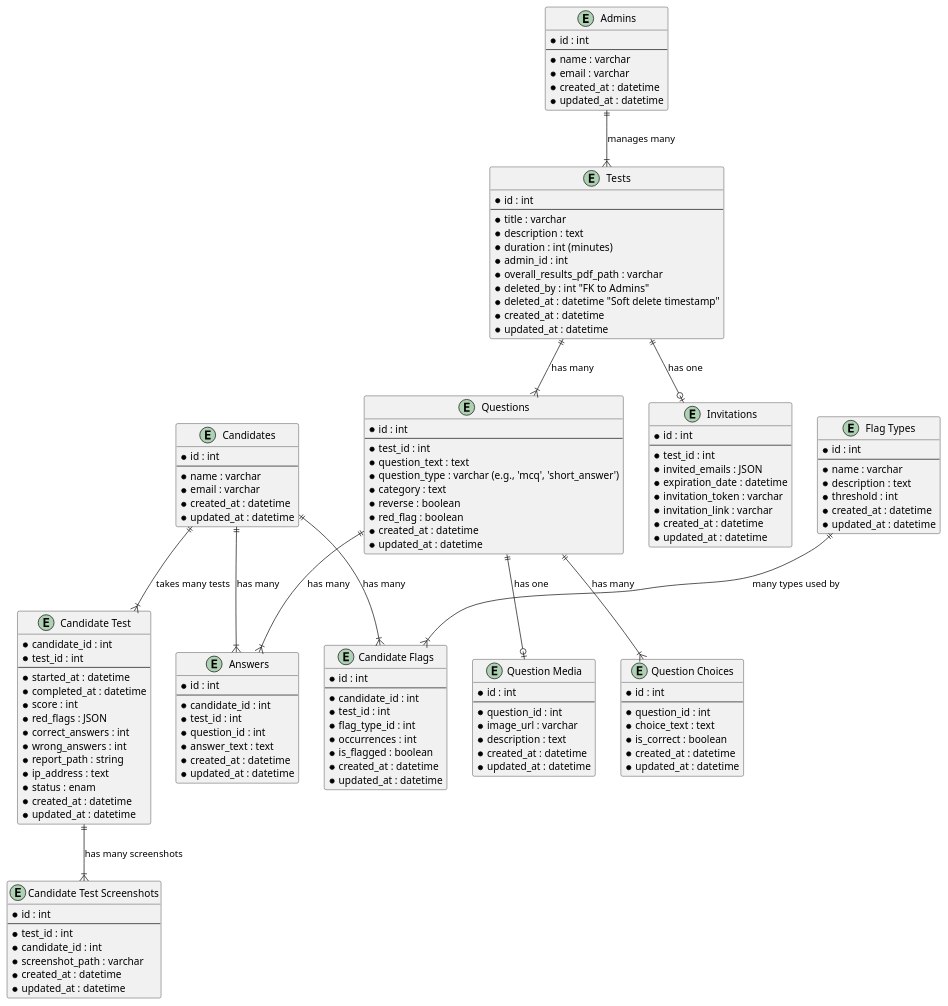
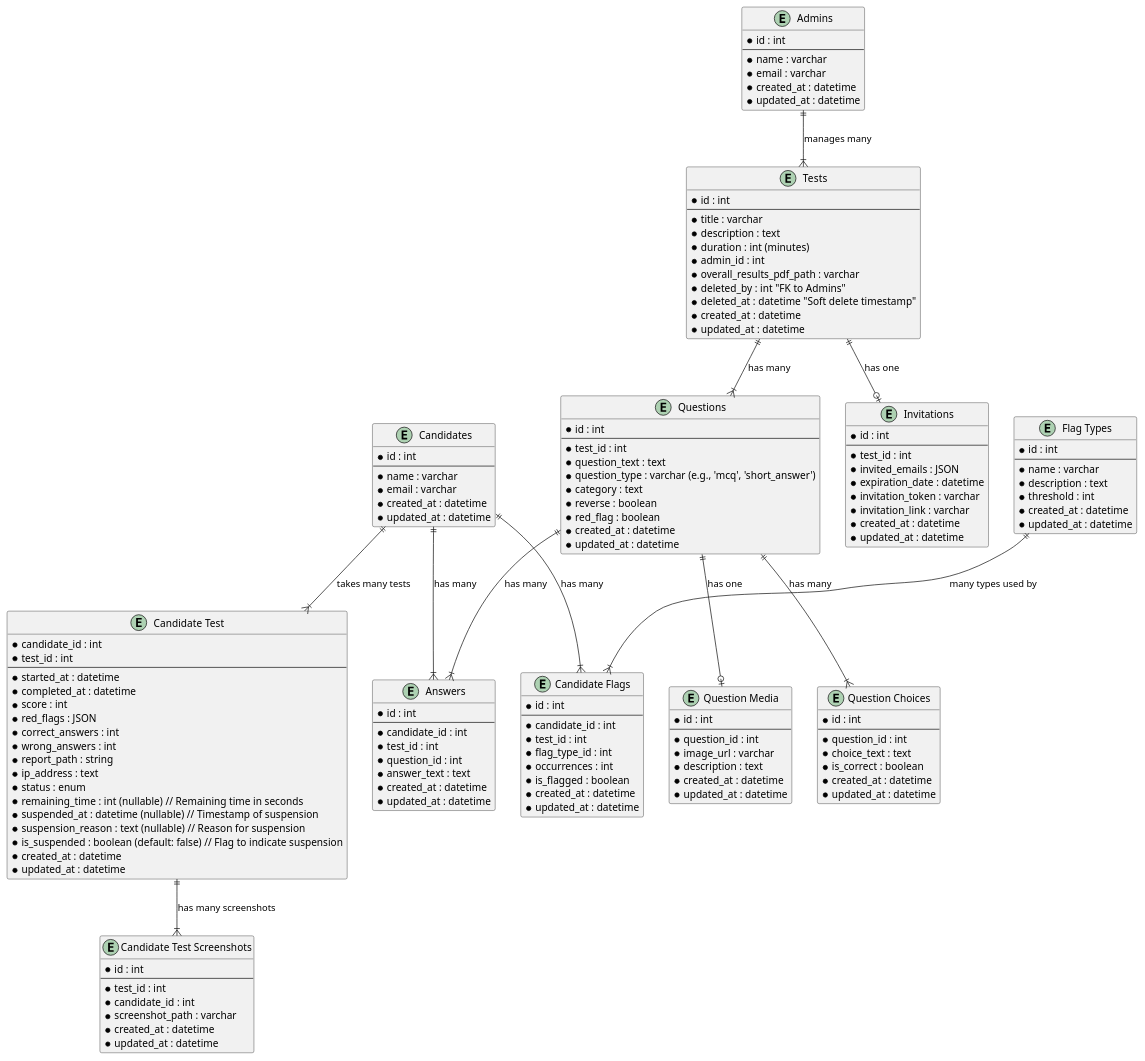
One commit to milelecars/MileleSkillSage changed the diagram in storage/plantuml/db_diagram.puml. Above: the diagram before and after it, drawn with PlantUML. The commit also changed 17 other files, not shown here.

```diff
--- a/storage/plantuml/db_diagram.puml
+++ b/storage/plantuml/db_diagram.puml
@@ -1,155 +1,159 @@
 @startuml "Milele SkillSage"
 
 
 entity "Candidates" {
   * id : int
   --
   * name : varchar
   * email : varchar
   * created_at : datetime
   * updated_at : datetime
 }
 
 entity "Tests" {
   * id : int
   --
   * title : varchar
   * description : text
   * duration : int (minutes)
   * admin_id : int
   * overall_results_pdf_path : varchar
   * deleted_by : int "FK to Admins"
   * deleted_at : datetime "Soft delete timestamp"
   * created_at : datetime
   * updated_at : datetime
 }
 
 entity "Candidate Test" {
   * candidate_id : int
   * test_id : int
   --
   * started_at : datetime
   * completed_at : datetime
   * score : int
   * red_flags : JSON 
   * correct_answers : int 
   * wrong_answers : int 
   * report_path : string
   * ip_address : text
-  * status : enam
+  * status : enum
+  * remaining_time : int (nullable) // Remaining time in seconds
+  * suspended_at : datetime (nullable) // Timestamp of suspension
+  * suspension_reason : text (nullable) // Reason for suspension
+  * is_suspended : boolean (default: false) // Flag to indicate suspension
   * created_at : datetime
   * updated_at : datetime
 }
 
 entity "Candidate Test Screenshots" {
   * id : int
   --
   * test_id : int
   * candidate_id : int
   * screenshot_path : varchar
   * created_at : datetime
   * updated_at : datetime
 }
 
 entity "Questions" {
   * id : int
   --
   * test_id : int
   * question_text : text
   * question_type : varchar (e.g., 'mcq', 'short_answer')
   * category : text
   * reverse : boolean
   * red_flag : boolean 
   * created_at : datetime
   * updated_at : datetime
 }
 
 entity "Question Choices" {
   * id : int
   --
   * question_id : int
   * choice_text : text
   * is_correct : boolean
   * created_at : datetime
   * updated_at : datetime
 }
 
 entity "Question Media" {
   * id : int
   --
   * question_id : int
   * image_url : varchar
   * description : text
   * created_at : datetime
   * updated_at : datetime
 }
 
 entity "Answers" {
   * id : int
   --
   * candidate_id : int
   * test_id : int
   * question_id : int
   * answer_text : text
   * created_at : datetime
   * updated_at : datetime
 }
 
 entity "Admins" {
   * id : int
   --
   * name : varchar
   * email : varchar
   * created_at : datetime
   * updated_at : datetime
 }
 
 entity "Flag Types" {
   * id : int
   --
   * name : varchar
   * description : text
   * threshold : int
   * created_at : datetime
   * updated_at : datetime
 }
 
 entity "Candidate Flags" {
   * id : int
   --
   * candidate_id : int
   * test_id : int
   * flag_type_id : int
   * occurrences : int
   * is_flagged : boolean
   * created_at : datetime
   * updated_at : datetime
 }
 
 entity "Invitations" {
   * id : int
   --
   * test_id : int
   * invited_emails : JSON
   * expiration_date : datetime
   * invitation_token : varchar
   * invitation_link : varchar
   * created_at : datetime 
   * updated_at : datetime
 }
 
 ' Relationships
 "Candidates" ||--|{ "Answers" : has many
 "Candidates" ||--|{ "Candidate Flags" : has many
 "Candidates" ||--|{ "Candidate Test" : takes many tests
 "Tests" ||--|{ "Questions" : has many
 "Tests" ||--o| "Invitations" : has one
 "Questions" ||--|{ "Question Choices" : has many
 "Questions" ||--o| "Question Media" : has one
 "Questions" ||--|{ "Answers" : has many  
 "Flag Types" ||--|{ "Candidate Flags" : many types used by
 "Admins" ||--|{ "Tests" : manages many
 "Candidate Test" ||--|{ "Candidate Test Screenshots" : "has many screenshots"
 
 
 @enduml
```
